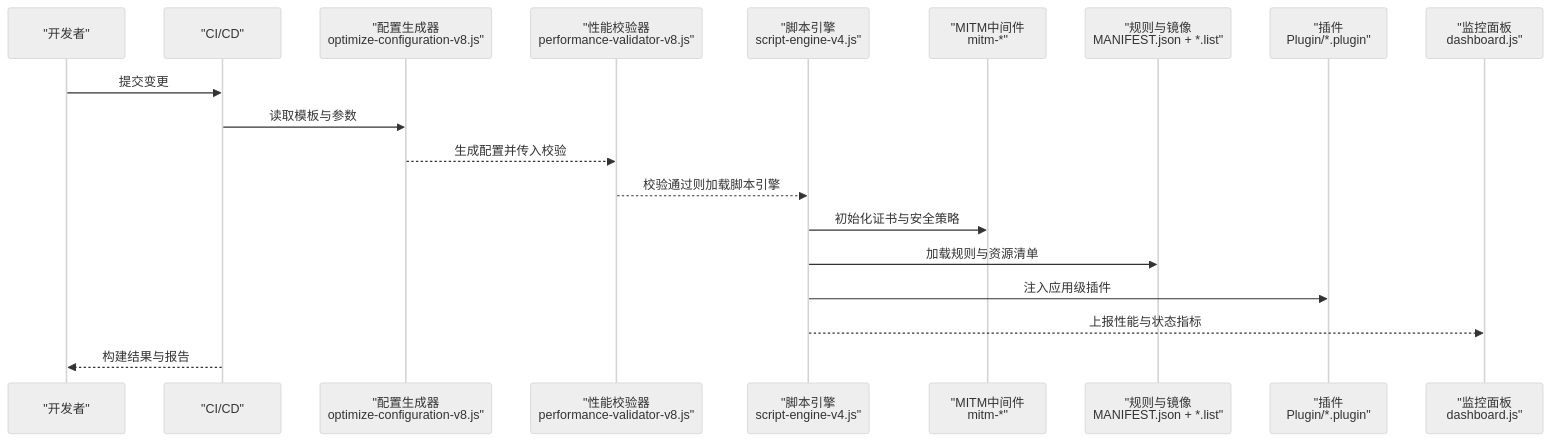
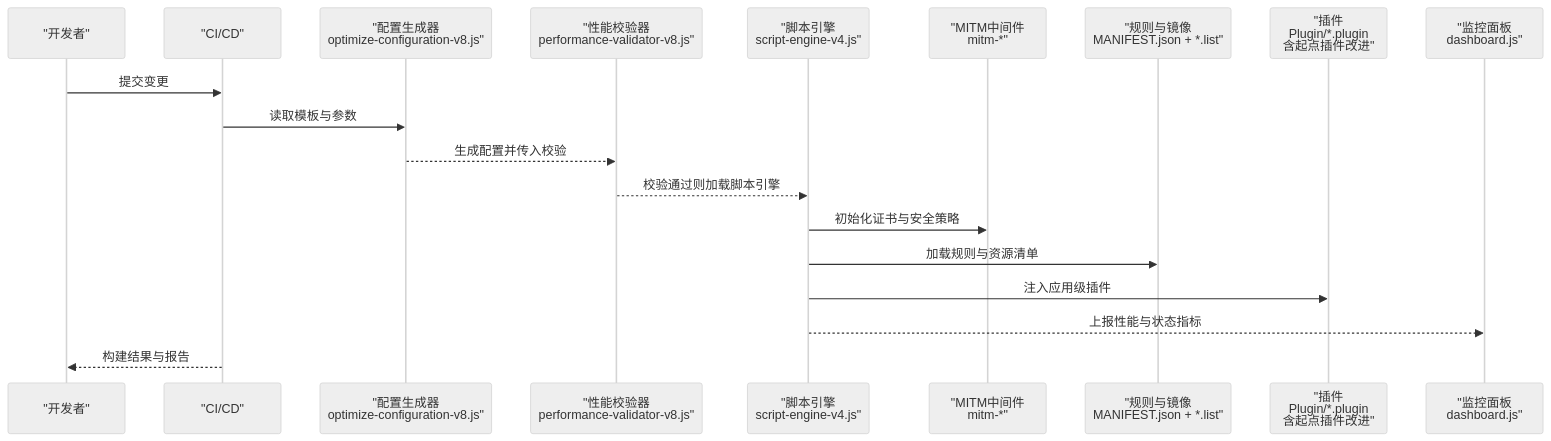
One commit to 3kaiu/config changed the second of 8 diagrams in .qoder/repowiki/zh/content/项目概览/v8.x版本文档.md. Above: the diagram before and after it, drawn with Mermaid (neutral theme). The commit also changed other lines of this file and 179 other files, not shown here.

````diff
--- a/.qoder/repowiki/zh/content/项目概览/v8.x版本文档.md
+++ b/.qoder/repowiki/zh/content/项目概览/v8.x版本文档.md
@@ -203,21 +216,21 @@
 ```mermaid
 sequenceDiagram
 participant Dev as "开发者"
 participant CI as "CI/CD"
 participant Gen as "配置生成器<br/>optimize-configuration-v8.js"
 participant Val as "性能校验器<br/>performance-validator-v8.js"
 participant Eng as "脚本引擎<br/>script-engine-v4.js"
 participant MITM as "MITM中间件<br/>mitm-*"
 participant Rules as "规则与镜像<br/>MANIFEST.json + *.list"
-participant Plugins as "插件<br/>Plugin/*.plugin"
+participant Plugins as "插件<br/>Plugin/*.plugin<br/>含起点插件改进"
 participant Mon as "监控面板<br/>dashboard.js"
 Dev->>CI : 提交变更
 CI->>Gen : 读取模板与参数
 Gen-->>Val : 生成配置并传入校验
 Val-->>Eng : 校验通过则加载脚本引擎
 Eng->>MITM : 初始化证书与安全策略
 Eng->>Rules : 加载规则与资源清单
 Eng->>Plugins : 注入应用级插件
 Eng-->>Mon : 上报性能与状态指标
 CI-->>Dev : 构建结果与报告
 ```
````
